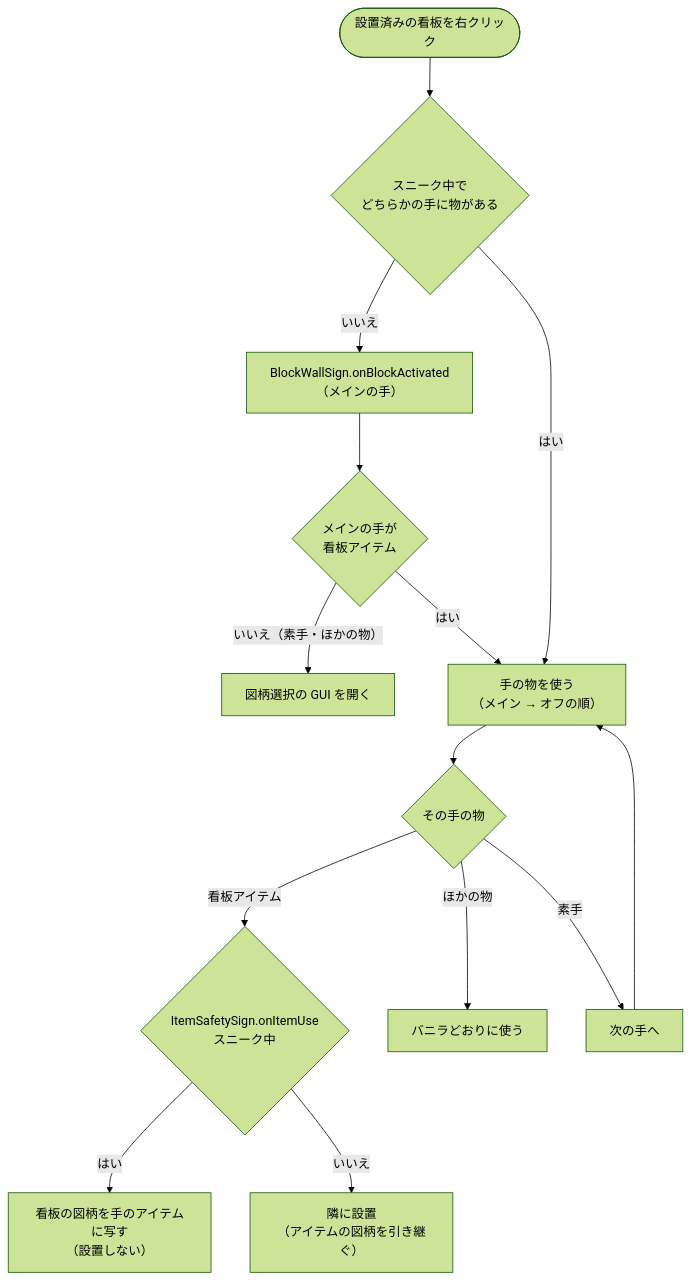
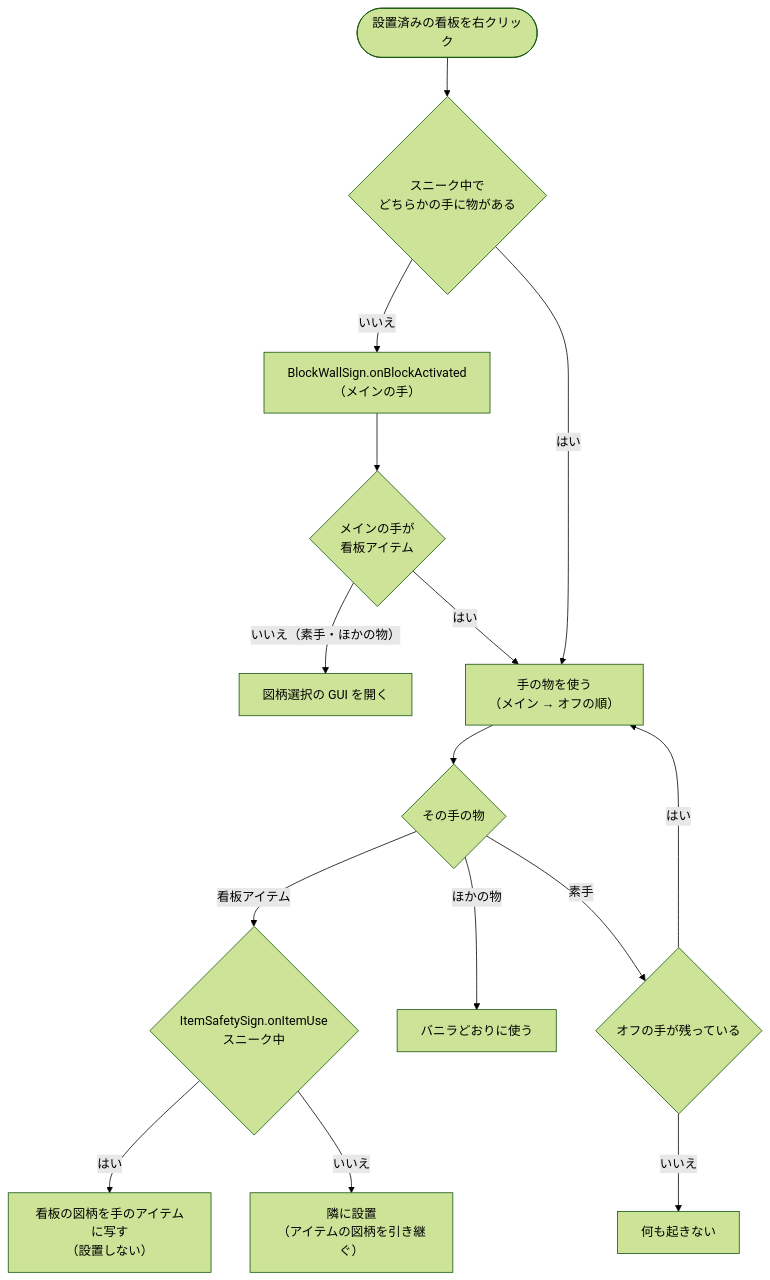
The diagram in doc/diagrams/right-click.md (zeusisgood/safetysigns), drawn with Mermaid (forest theme) before and after one commit. The commit also changed 1 other file, not shown here.

Commit message:
Update diagrams for the empty-hand path and the recipe package
Claude-Session: https://claude.ai/code/session_015J4nBUDFnxmCaAcptkWtHY

````diff
--- a/doc/diagrams/right-click.md
+++ b/doc/diagrams/right-click.md
@@ -12,16 +12,17 @@
 ```mermaid
 flowchart TD
     Start([設置済みの看板を右クリック]) --> Sneak{スニーク中で<br/>どちらかの手に物がある}
     Sneak -- いいえ --> Act["BlockWallSign.onBlockActivated<br/>（メインの手）"]
     Act --> MainSign{メインの手が<br/>看板アイテム}
     MainSign -- いいえ（素手・ほかの物） --> Gui[図柄選択の GUI を開く]
     MainSign -- はい --> Use
     Sneak -- はい --> Use["手の物を使う<br/>（メイン → オフの順）"]
     Use --> Held{その手の物}
     Held -- 看板アイテム --> Sneak2{"ItemSafetySign.onItemUse<br/>スニーク中"}
     Sneak2 -- はい --> Copy["看板の図柄を手のアイテムに写す<br/>（設置しない）"]
     Sneak2 -- いいえ --> Place["隣に設置<br/>（アイテムの図柄を引き継ぐ）"]
     Held -- ほかの物 --> Vanilla[バニラどおりに使う]
-    Held -- 素手 --> Next[次の手へ]
-    Next --> Use
+    Held -- 素手 --> Next{"オフの手が残っている"}
+    Next -- はい --> Use
+    Next -- いいえ --> Nothing[何も起きない]
 ```
````
